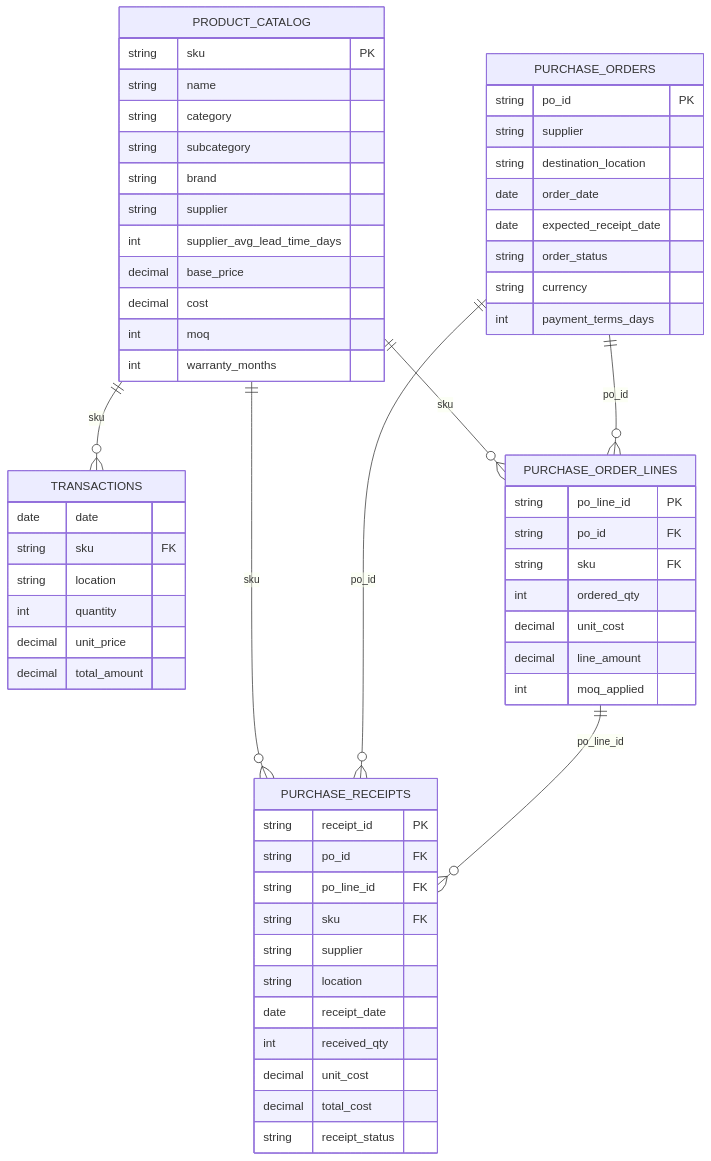
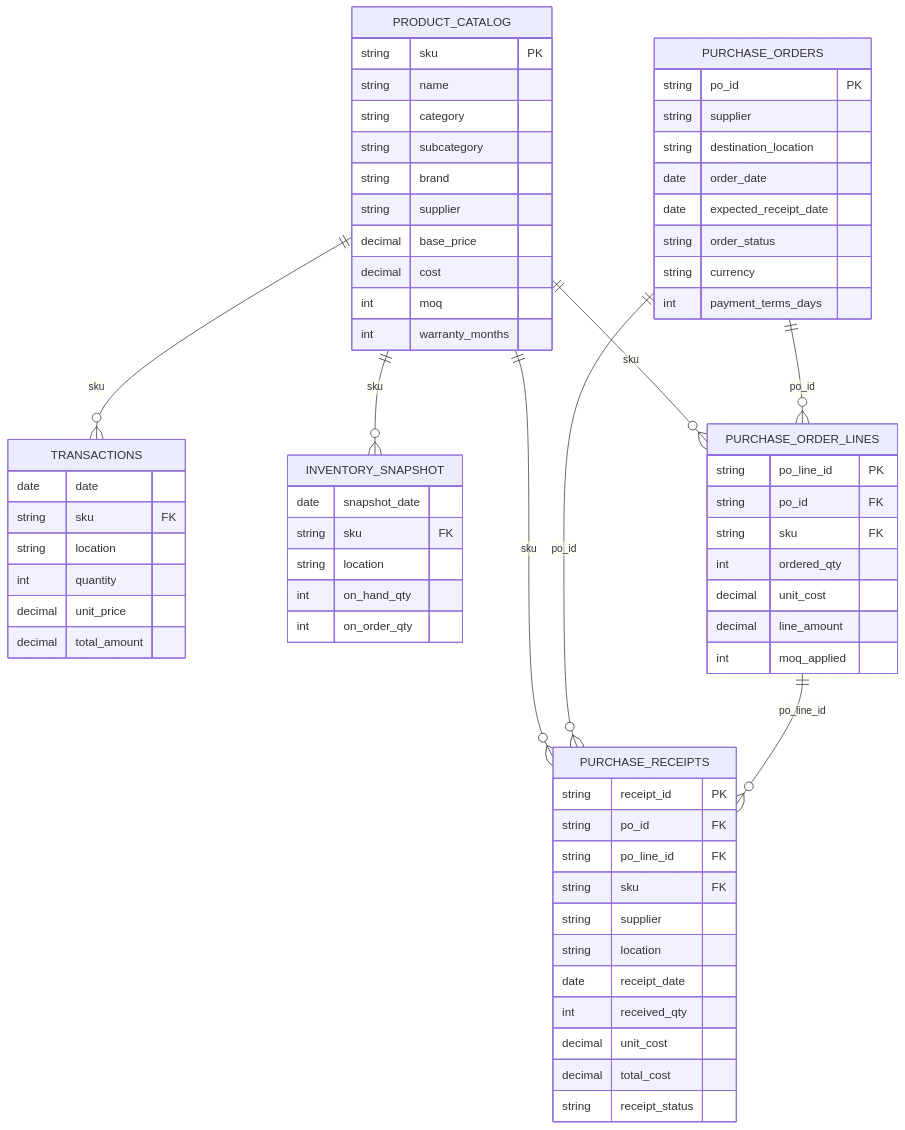
The diagram in docs/output_er_model.md (nebula-repos/SOTA-Simulated-Planning), drawn with Mermaid before and after one commit. The commit also changed other lines of this file and 5 other files, not shown here.

````diff
--- a/docs/output_er_model.md
+++ b/docs/output_er_model.md
@@ -17,67 +32,75 @@
 ```mermaid
 erDiagram
     PRODUCT_CATALOG {
         string sku PK
         string name
         string category
         string subcategory
         string brand
         string supplier
-        int supplier_avg_lead_time_days
         decimal base_price
         decimal cost
         int moq
         int warranty_months
     }
 
     TRANSACTIONS {
         date date
         string sku FK
         string location
         int quantity
         decimal unit_price
         decimal total_amount
+    }
+
+    INVENTORY_SNAPSHOT {
+        date snapshot_date
+        string sku FK
+        string location
+        int on_hand_qty
+        int on_order_qty
     }
 
     PURCHASE_ORDERS {
         string po_id PK
         string supplier
         string destination_location
         date order_date
         date expected_receipt_date
         string order_status
         string currency
         int payment_terms_days
     }
 
     PURCHASE_ORDER_LINES {
         string po_line_id PK
         string po_id FK
         string sku FK
         int ordered_qty
         decimal unit_cost
         decimal line_amount
         int moq_applied
     }
 
     PURCHASE_RECEIPTS {
         string receipt_id PK
         string po_id FK
         string po_line_id FK
         string sku FK
         string supplier
         string location
         date receipt_date
         int received_qty
         decimal unit_cost
         decimal total_cost
         string receipt_status
     }
 
     PRODUCT_CATALOG ||--o{ TRANSACTIONS : "sku"
+    PRODUCT_CATALOG ||--o{ INVENTORY_SNAPSHOT : "sku"
     PRODUCT_CATALOG ||--o{ PURCHASE_ORDER_LINES : "sku"
     PRODUCT_CATALOG ||--o{ PURCHASE_RECEIPTS : "sku"
     PURCHASE_ORDERS ||--o{ PURCHASE_ORDER_LINES : "po_id"
     PURCHASE_ORDERS ||--o{ PURCHASE_RECEIPTS : "po_id"
     PURCHASE_ORDER_LINES ||--o{ PURCHASE_RECEIPTS : "po_line_id"
 ```
````
